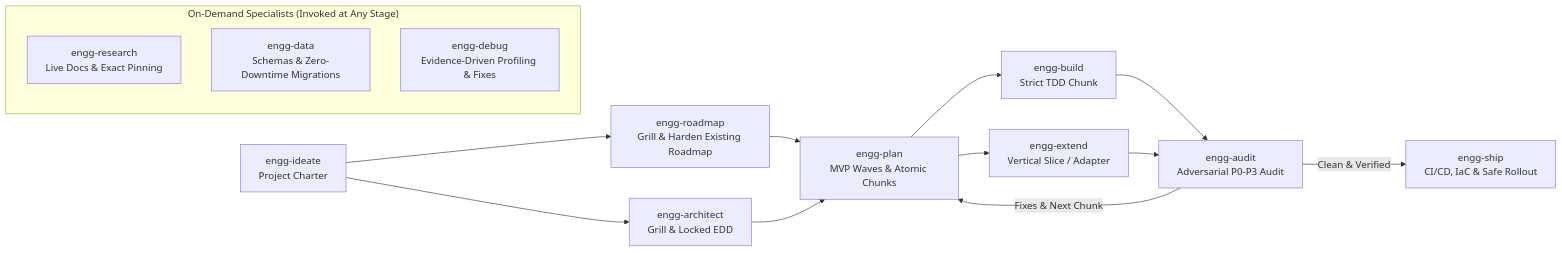
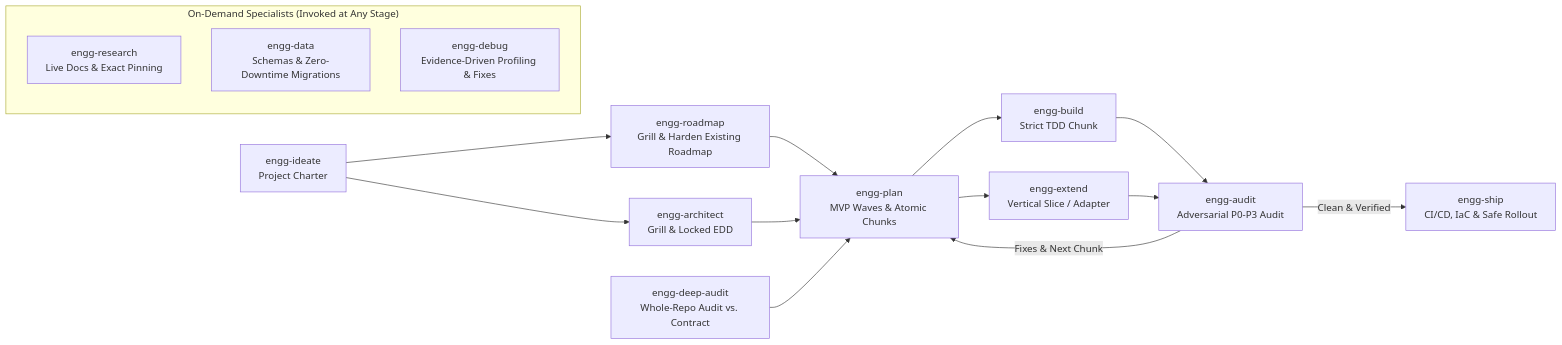
Before and after one commit to devnadeemashraf/engg-skills-suite: the diagram in README.md, drawn with Mermaid. The commit also changed other lines of this file and 2 other files, not shown here.

Commit message:
docs: add engg-deep-audit to the catalog and workflows; record Phase 3 findings

````diff
--- a/README.md
+++ b/README.md
@@ -34,19 +34,20 @@
 ```mermaid
 flowchart LR
     A["engg-ideate<br/>Project Charter"] --> B["engg-architect<br/>Grill & Locked EDD"]
     R["engg-roadmap<br/>Grill & Harden Existing Roadmap"] --> C["engg-plan<br/>MVP Waves & Atomic Chunks"]
     B --> C
     A --> R
     C --> D["engg-build<br/>Strict TDD Chunk"]
     C --> E["engg-extend<br/>Vertical Slice / Adapter"]
     D --> F["engg-audit<br/>Adversarial P0-P3 Audit"]
     E --> F
     F -- "Fixes & Next Chunk" --> C
     F -- "Clean & Verified" --> G["engg-ship<br/>CI/CD, IaC & Safe Rollout"]
+    X["engg-deep-audit<br/>Whole-Repo Audit vs. Contract"] --> C
 
     subgraph Specialists["On-Demand Specialists (Invoked at Any Stage)"]
         H["engg-research<br/>Live Docs & Exact Pinning"]
         I["engg-data<br/>Schemas & Zero-Downtime Migrations"]
         J["engg-debug<br/>Evidence-Driven Profiling & Fixes"]
     end
 ```
````
